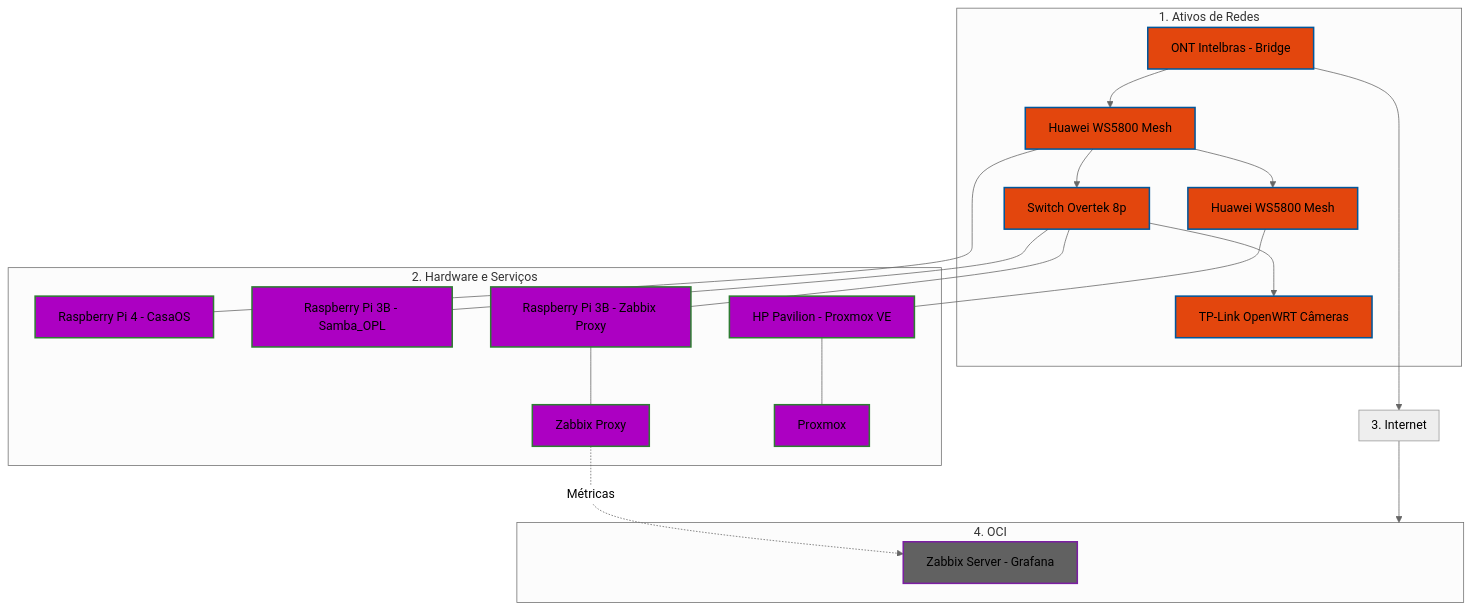
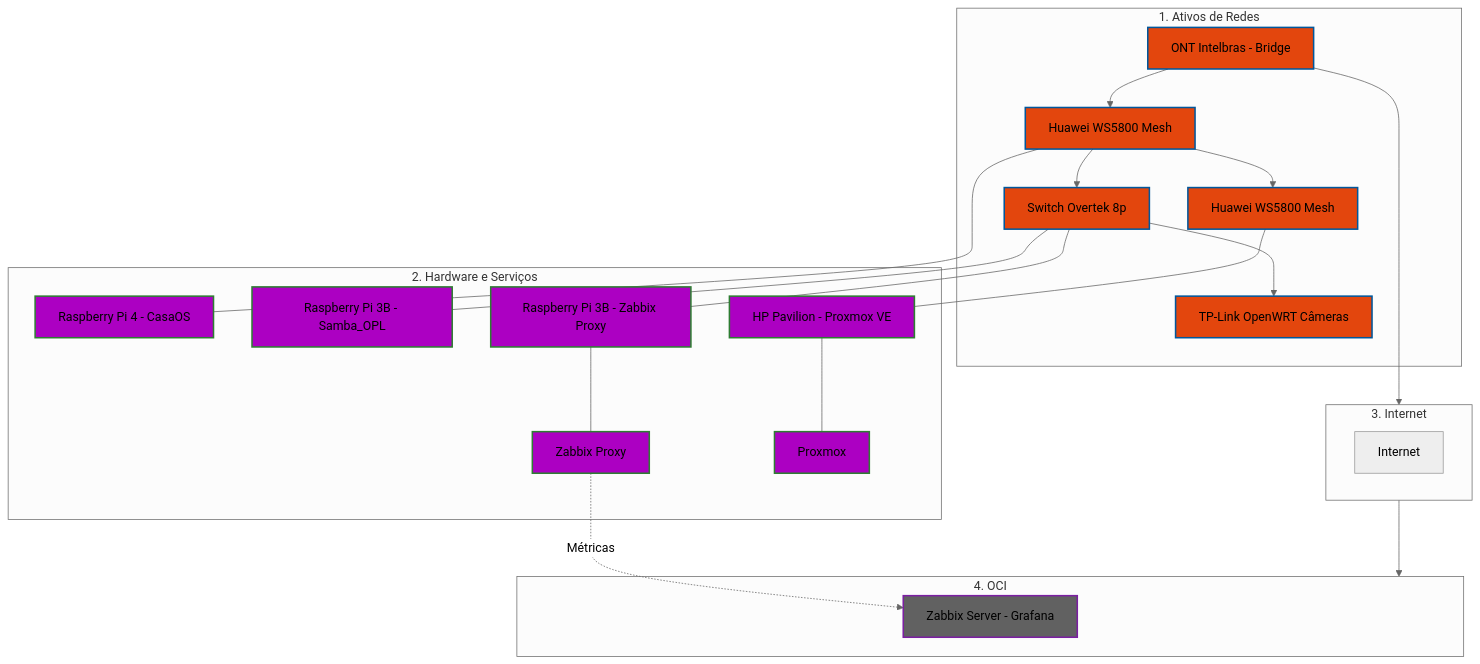
The diagram in Infraestructure/README.md (kevindexter22/Dr-Hardware-Autonet), drawn with Mermaid (neutral theme) before and after one commit.

````diff
--- a/Infraestructure/README.md
+++ b/Infraestructure/README.md
@@ -13,45 +13,46 @@
 ```mermaid
 graph TD
     %% Estilos
     classDef rede fill:#e3460d,stroke:#01579b,stroke-width:2px;
     classDef hardware fill:#AC00C2,stroke:#2e7d32,stroke-width:2px;
     classDef tunel fill:#fff3e0,stroke:#ef6c00,stroke-width:2px,stroke-dasharray: 5 5;
     classDef oci fill:#616161,stroke:#7b1fa2,stroke-width:2px;
 
     %% 1. ATIVOS DE REDE
     subgraph S1 [1. Ativos de Redes]
         ONT[ONT Intelbras - Bridge]:::rede --> R_Mesh1[Huawei WS5800 Mesh]:::rede
         R_Mesh1 --> R_Mesh2[Huawei WS5800 Mesh]:::rede
         R_Mesh1 --> SW1[Switch Overtek 8p]:::rede
         SW1 --> R_Cams[TP-Link OpenWRT Câmeras]:::rede
     end
 
     %% 2. HARDWARE E SERVIÇOS
     subgraph S2 [2. Hardware e Serviços]
         R_Mesh1 --- RPi4[Raspberry Pi 4 - CasaOS]:::hardware
         SW1 --- RPi3_1[Raspberry Pi 3B - Samba_OPL]:::hardware
         SW1 --- RPi3_2[Raspberry Pi 3B - Zabbix Proxy]:::hardware
         R_Mesh2 --- HP[HP Pavilion - Proxmox VE]:::hardware
         
         
         RPi3_2 --- ZP[Zabbix Proxy]:::hardware
         HP --- PVE[Proxmox]:::hardware
     end
 
     %% 3. Internet (A PONTE)
     subgraph S3 [3. Internet]
+           internet[Internet]
     end
 
     %% 4. OCI
     subgraph S4 [4. OCI]
         ZS[Zabbix Server - Grafana]:::oci
     end
 
     %% Conexões de Fluxo de Dados para manter a ordem
     ONT --> S3
     S3 --> S4
     
     %% Relacionamentos lógicos (setas duplas para replicação)
     ZP -.-> |Métricas| ZS
 
 ```
````
